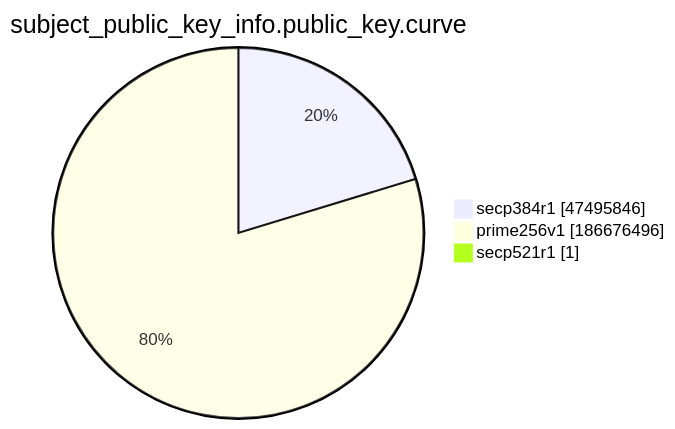
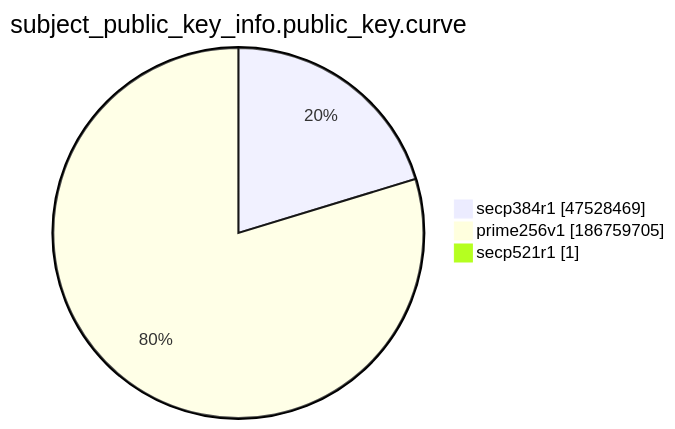
One commit to christiankrug/ctmonitor_visualization changed the ninth of 15 diagrams in xenon2022/README.md. Above: the diagram before and after it, drawn with Mermaid. The commit also changed other lines of this file, not shown here.

````diff
--- a/xenon2022/README.md
+++ b/xenon2022/README.md
@@ -2874,7 +2874,7 @@
 ```mermaid
 pie showData
 title subject_public_key_info.public_key.curve
-"secp384r1" :47495846
-"prime256v1" :186676496
+"secp384r1" :47528469
+"prime256v1" :186759705
 "secp521r1" :1
 ```
````
